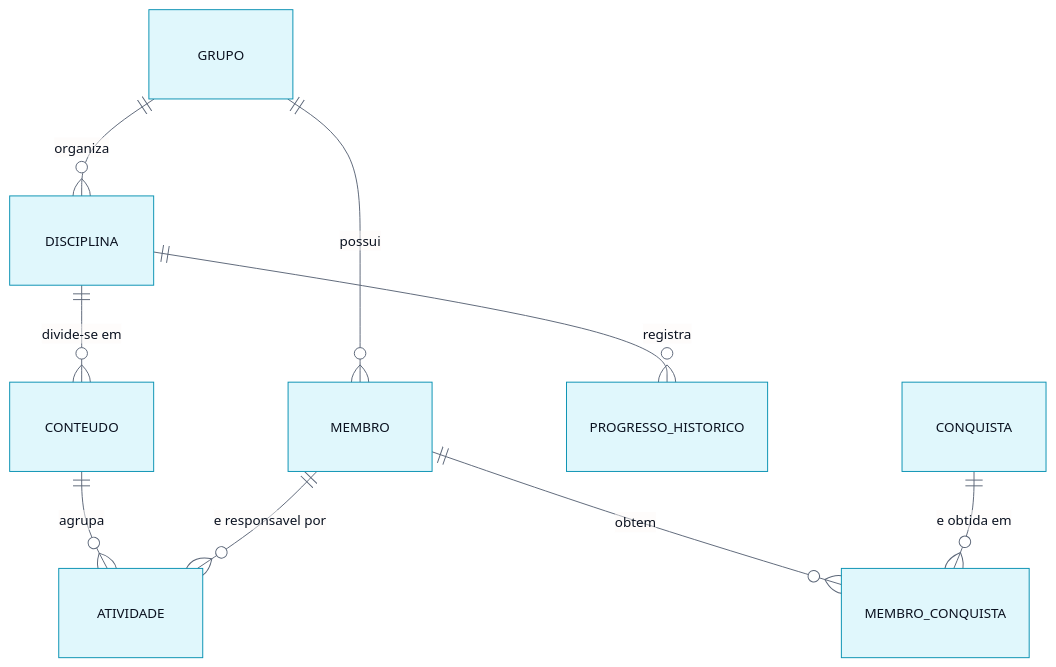
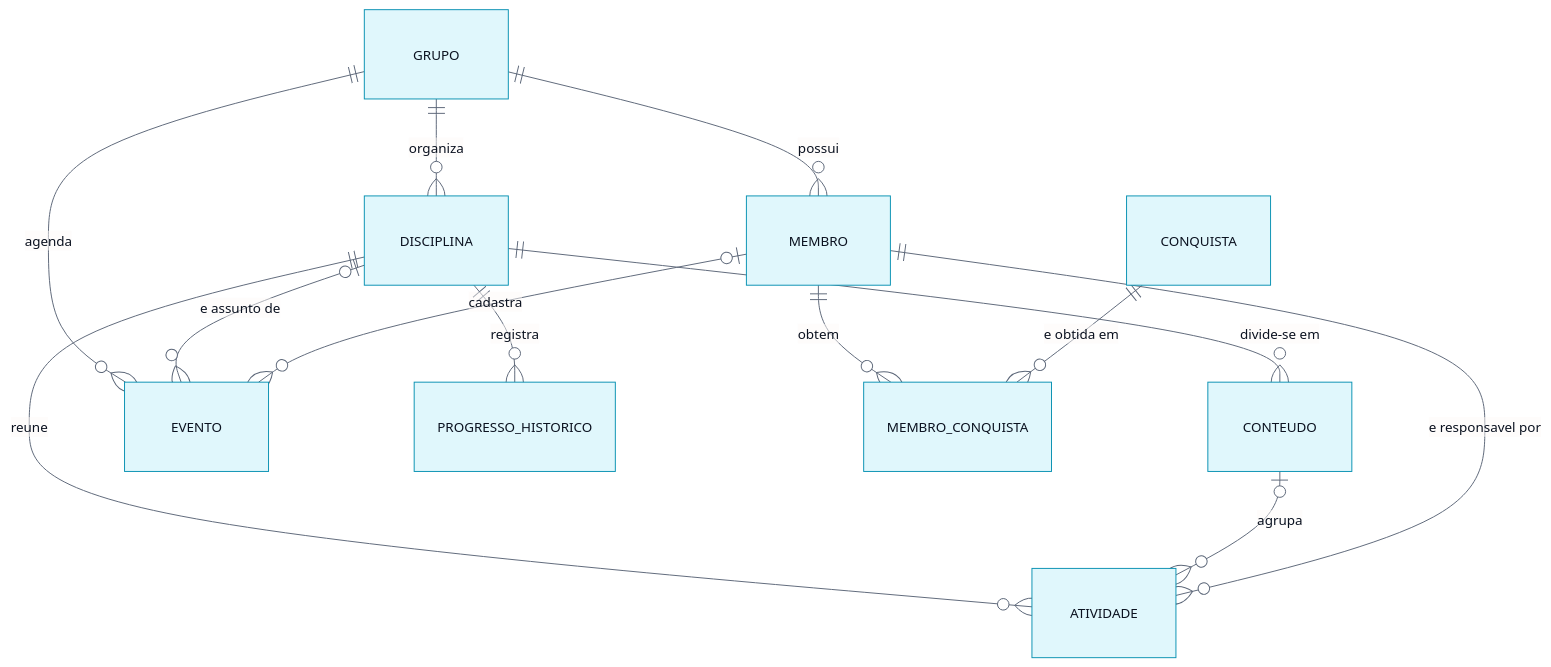
The diagram in banco-de-dados/01-modelo-conceitual.md (dedeyfogaca/equipe7-vertice), drawn with Mermaid before and after one commit. The commit also changed other lines of this file and 17 other files, not shown here.

Commit message:
docs: modelo de dados e diagramas com eventos e conteúdo opcional

````diff
--- a/banco-de-dados/01-modelo-conceitual.md
+++ b/banco-de-dados/01-modelo-conceitual.md
@@ -14,13 +14,17 @@
 ```mermaid
 %%{init: {"theme": "base", "fontFamily": "Space Grotesk", "themeVariables": {"fontFamily": "Space Grotesk, Segoe UI, sans-serif", "fontSize": "14px", "primaryColor": "#E0F7FC", "primaryTextColor": "#0B1220", "primaryBorderColor": "#0891B2", "lineColor": "#5B6678", "attributeBackgroundColorOdd": "#FFFFFF", "attributeBackgroundColorEven": "#F5F7FC", "nodeBorder": "#0891B2", "mainBkg": "#E0F7FC", "textColor": "#0B1220", "titleColor": "#0E7490"}, "er": {"diagramPadding": 24, "entityPadding": 16, "minEntityWidth": 150}}}%%
 erDiagram
     GRUPO ||--o{ MEMBRO : "possui"
     GRUPO ||--o{ DISCIPLINA : "organiza"
     DISCIPLINA ||--o{ CONTEUDO : "divide-se em"
-    CONTEUDO ||--o{ ATIVIDADE : "agrupa"
+    DISCIPLINA ||--o{ ATIVIDADE : "reune"
+    CONTEUDO |o--o{ ATIVIDADE : "agrupa"
     MEMBRO ||--o{ ATIVIDADE : "e responsavel por"
+    GRUPO ||--o{ EVENTO : "agenda"
+    DISCIPLINA |o--o{ EVENTO : "e assunto de"
+    MEMBRO |o--o{ EVENTO : "cadastra"
     DISCIPLINA ||--o{ PROGRESSO_HISTORICO : "registra"
     MEMBRO ||--o{ MEMBRO_CONQUISTA : "obtem"
     CONQUISTA ||--o{ MEMBRO_CONQUISTA : "e obtida em"
 
 ```
````
